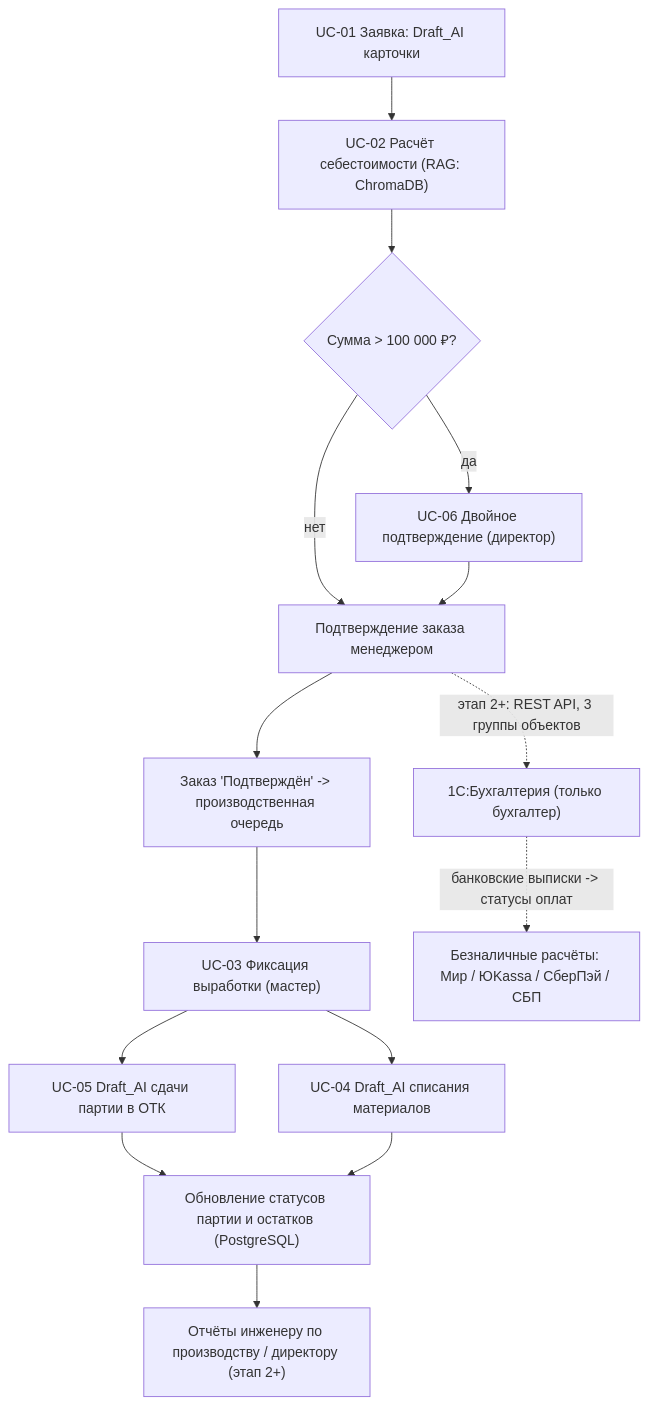
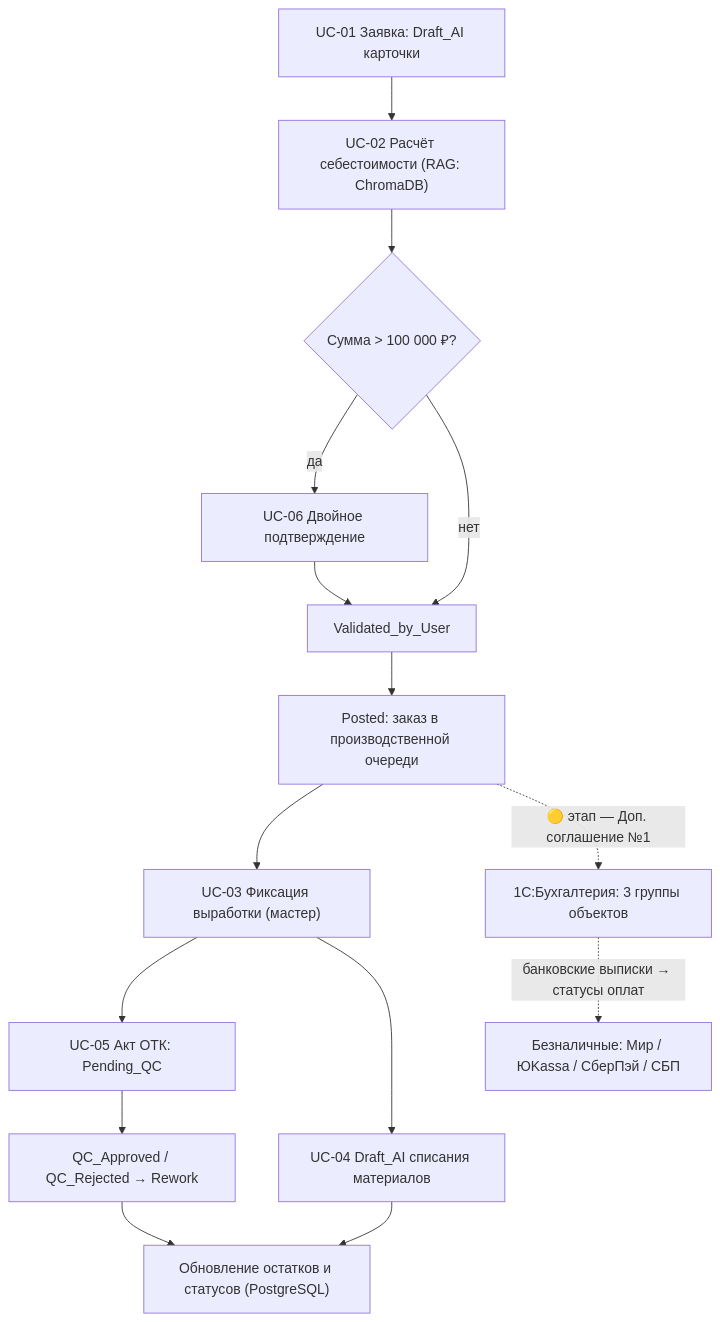
One commit to andrzejabramov/ai-kbm changed the first of 3 diagrams in docs/03-document3.md. Above: the diagram before and after it, drawn with Mermaid. The commit also changed other lines of this file and 1 other file, not shown here.

````diff
--- a/docs/03-document3.md
+++ b/docs/03-document3.md
@@ -186,17 +137,17 @@
 ```mermaid
 flowchart TD
     A["UC-01 Заявка: Draft_AI карточки"] --> B["UC-02 Расчёт себестоимости (RAG: ChromaDB)"]
     B --> C{"Сумма > 100 000 ₽?"}
-    C -- да --> D["UC-06 Двойное подтверждение (директор)"]
-    C -- нет --> E["Подтверждение заказа менеджером"]
+    C -- да --> D["UC-06 Двойное подтверждение"]
+    C -- нет --> E["Validated_by_User"]
     D --> E
-    E --> F["Заказ 'Подтверждён' -> производственная очередь"]
+    E --> F["Posted: заказ в производственной очереди"]
     F --> G["UC-03 Фиксация выработки (мастер)"]
-    G --> H["UC-05 Draft_AI сдачи партии в ОТК"]
+    G --> H["UC-05 Акт ОТК: Pending_QC"]
     G --> I["UC-04 Draft_AI списания материалов"]
-    H --> J["Обновление статусов партии и остатков (PostgreSQL)"]
-    I --> J
-    J --> K["Отчёты инженеру по производству / директору (этап 2+)"]
-    E -. "этап 2+: REST API, 3 группы объектов" .-> L["1С:Бухгалтерия (только бухгалтер)"]
-    L -. "банковские выписки -> статусы оплат" .-> M["Безналичные расчёты: Мир / ЮKassa / СберПэй / СБП"]
+    H --> J["QC_Approved / QC_Rejected → Rework"]
+    I --> K["Обновление остатков и статусов (PostgreSQL)"]
+    J --> K
+    F -. "🟡 этап — Доп. соглашение №1" .-> L["1С:Бухгалтерия: 3 группы объектов"]
+    L -. "банковские выписки → статусы оплат" .-> M["Безналичные: Мир / ЮKassa / СберПэй / СБП"]
 ```
````
